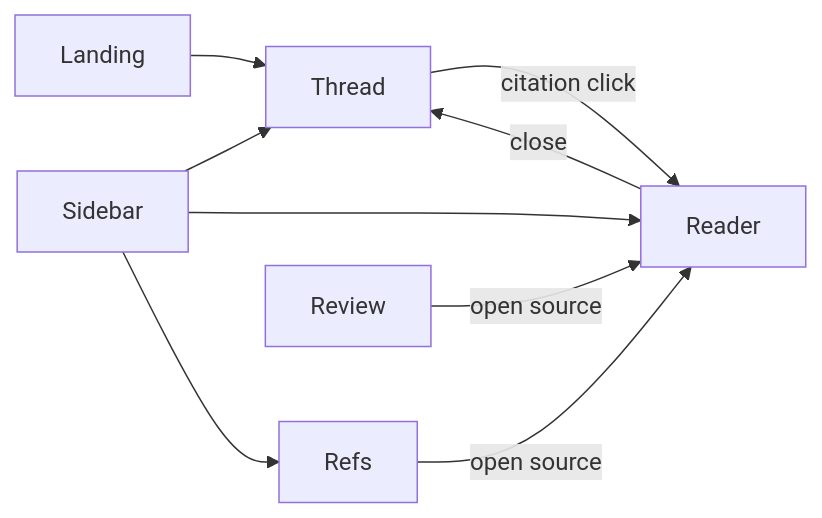
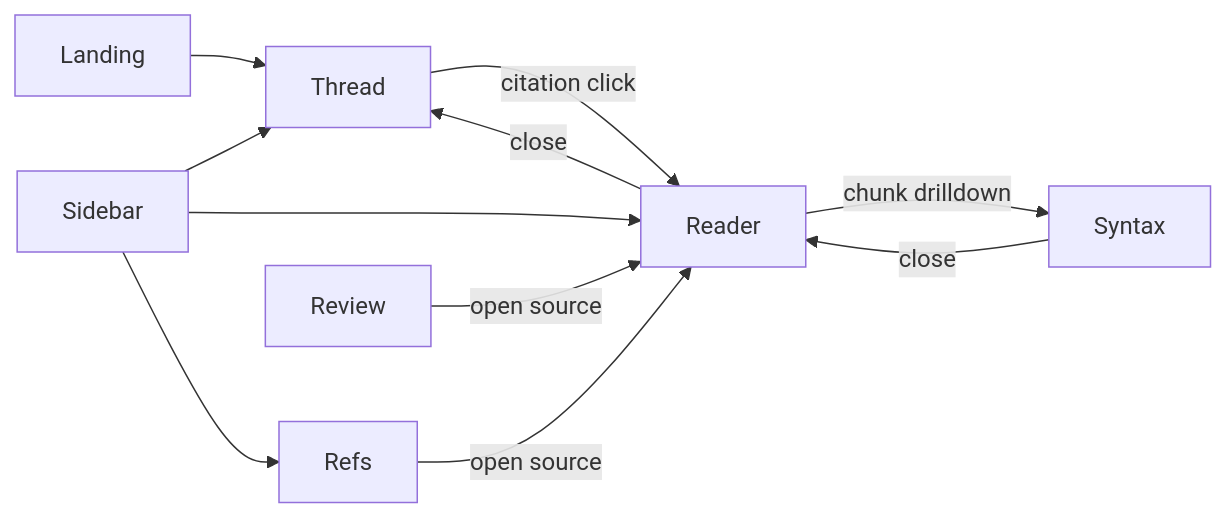
One commit to kylemichaelreaves/minerva changed the first of 2 diagrams in docs/ARCHITECTURE.md. Above: the diagram before and after it, drawn with Mermaid. The commit also changed other lines of this file and 3 other files, not shown here.

First line of the commit message:
docs: document the syntax overlay across architecture, frontend and backend

````diff
--- a/docs/ARCHITECTURE.md
+++ b/docs/ARCHITECTURE.md
@@ -42,11 +46,13 @@
 ```mermaid
 flowchart LR
   Landing --> Thread
   Thread -->|"citation click"| Reader
   Reader -->|"close"| Thread
+  Reader -->|"chunk drilldown"| Syntax
+  Syntax -->|"close"| Reader
   Refs -->|"open source"| Reader
   Review -->|"open source"| Reader
   Sidebar --> Thread
   Sidebar --> Reader
   Sidebar --> Refs
 ```
````
